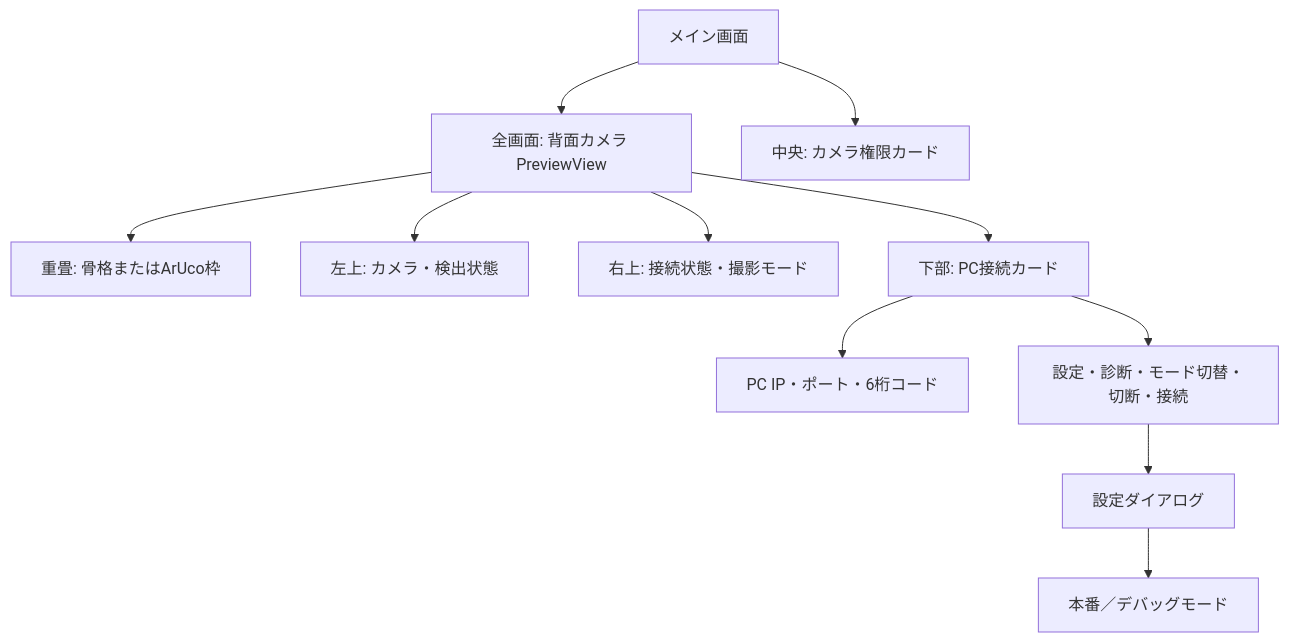
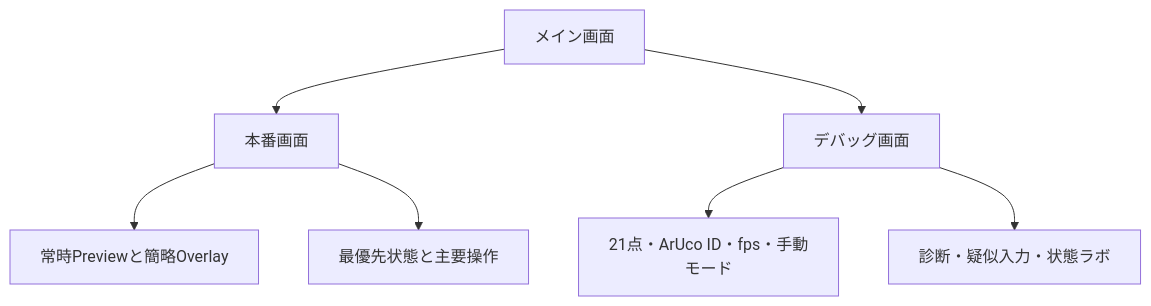
Before and after one commit to KIT-DevelopersHub/screact: the third of 17 diagrams in docs/android/android-current-spec.md, drawn with Mermaid. The commit also changed other lines of this file and 26 other files, not shown here.

````diff
--- a/docs/android/android-current-spec.md
+++ b/docs/android/android-current-spec.md
@@ -149,14 +149,10 @@
 ```mermaid
 flowchart TB
     Screen[メイン画面]
-    Screen --> Preview[全画面: 背面カメラ PreviewView]
-    Preview --> Detection[重畳: 骨格またはArUco枠]
-    Preview --> TopLeft[左上: カメラ・検出状態]
-    Preview --> TopRight[右上: 接続状態・撮影モード]
-    Preview --> Bottom[下部: PC接続カード]
-    Bottom --> Address[PC IP・ポート・6桁コード]
-    Bottom --> Controls[設定・診断・モード切替・切断・接続]
-    Controls --> Settings[設定ダイアログ]
-    Settings --> RuntimeMode[本番／デバッグモード]
-    Screen --> Permission[中央: カメラ権限カード]
+    Screen --> Production[本番画面]
+    Screen --> Debug[デバッグ画面]
+    Production --> Preview[常時Previewと簡略Overlay]
+    Production --> Guide[最優先状態と主要操作]
+    Debug --> Detail[21点・ArUco ID・fps・手動モード]
+    Debug --> Diagnostics[診断・疑似入力・状態ラボ]
 ```
````
